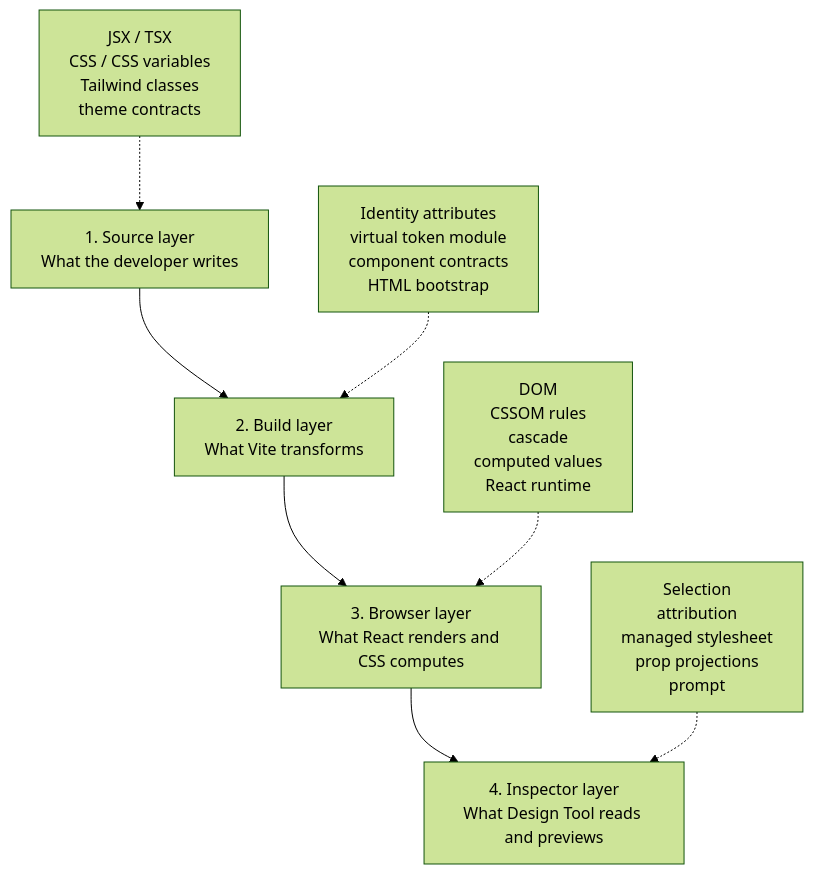
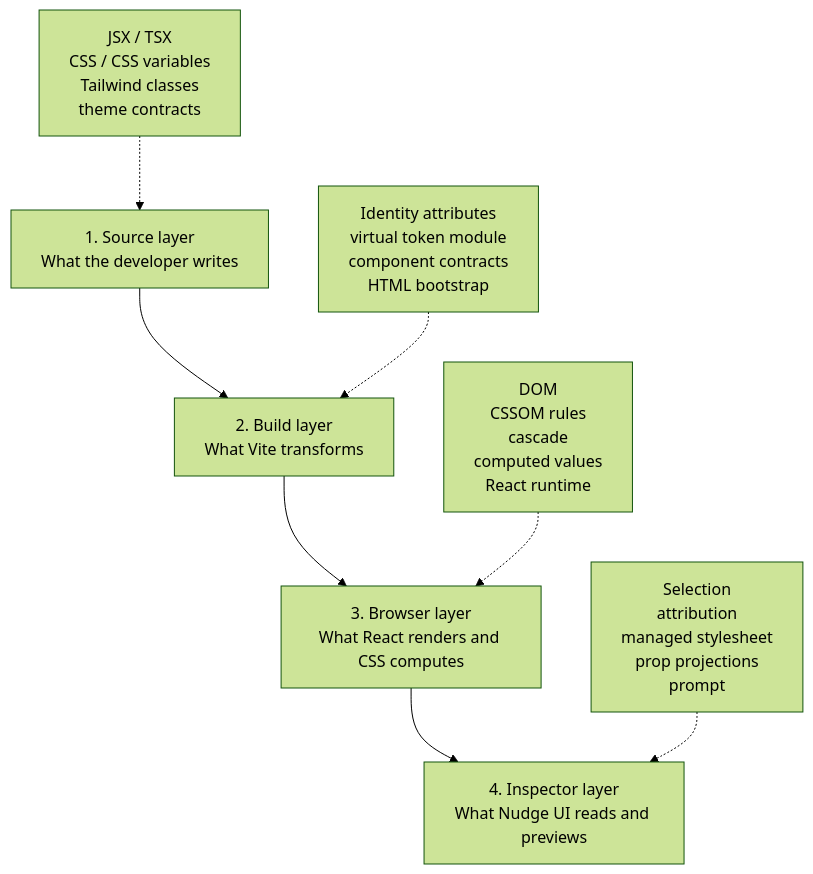
One commit to charlessmart/nudge-ui changed the second of 9 diagrams in docs/architecture/inspector-mental-model.md. Above: the diagram before and after it, drawn with Mermaid (forest theme). The commit also changed other lines of this file and 341 other files, not shown here.

Commit message:
refactor: rename Design Tool to Nudge UI

````diff
--- a/docs/architecture/inspector-mental-model.md
+++ b/docs/architecture/inspector-mental-model.md
@@ -33,11 +33,11 @@
 ```mermaid
 flowchart TB
   L1["1. Source layer\nWhat the developer writes"] --> L2["2. Build layer\nWhat Vite transforms"]
   L2 --> L3["3. Browser layer\nWhat React renders and CSS computes"]
-  L3 --> L4["4. Inspector layer\nWhat Design Tool reads and previews"]
+  L3 --> L4["4. Inspector layer\nWhat Nudge UI reads and previews"]
 
   L1a["JSX / TSX\nCSS / CSS variables\nTailwind classes\ntheme contracts"] -.-> L1
   L2a["Identity attributes\nvirtual token module\ncomponent contracts\nHTML bootstrap"] -.-> L2
   L3a["DOM\nCSSOM rules\ncascade\ncomputed values\nReact runtime"] -.-> L3
   L4a["Selection\nattribution\nmanaged stylesheet\nprop projections\nprompt"] -.-> L4
 ```
````
